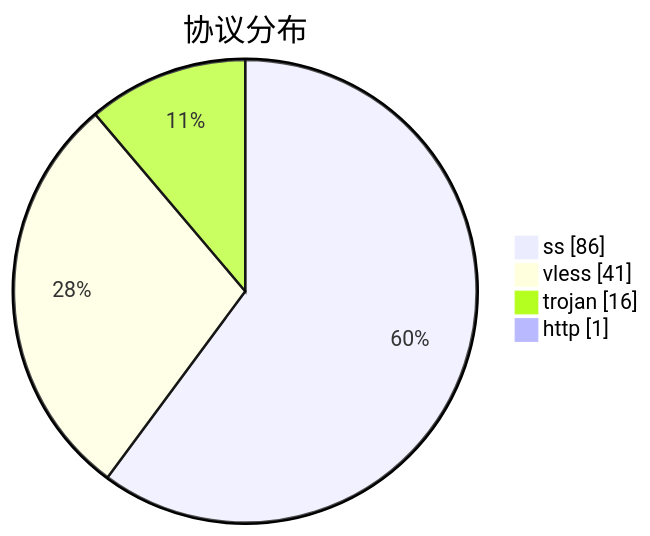
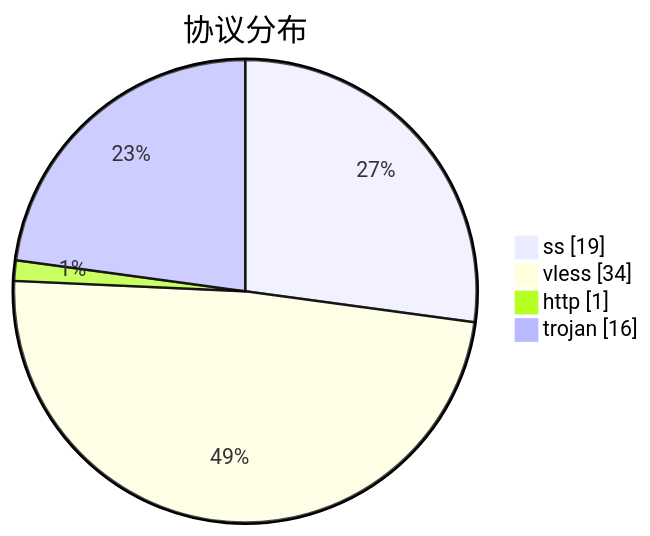
One commit to qjlxg/airport changed the third of 3 diagrams in subs/statistics/tested_within.md. Above: the diagram before and after it, drawn with Mermaid. The commit also changed other lines of this file and 2 other files, not shown here.

````diff
--- a/subs/statistics/tested_within.md
+++ b/subs/statistics/tested_within.md
@@ -17,8 +17,8 @@
 ```mermaid
 pie showData
 title 协议分布
-"ss" : 86
-"vless" : 41
+"ss" : 19
+"vless" : 34
+"http" : 1
 "trojan" : 16
-"http" : 1
 ```
````
